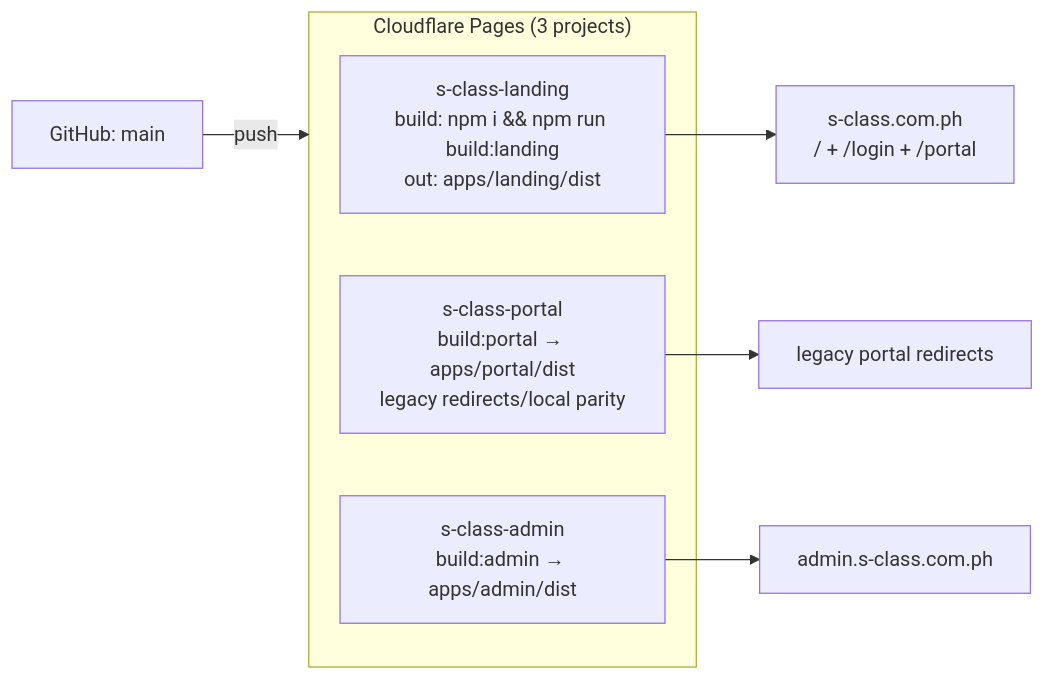
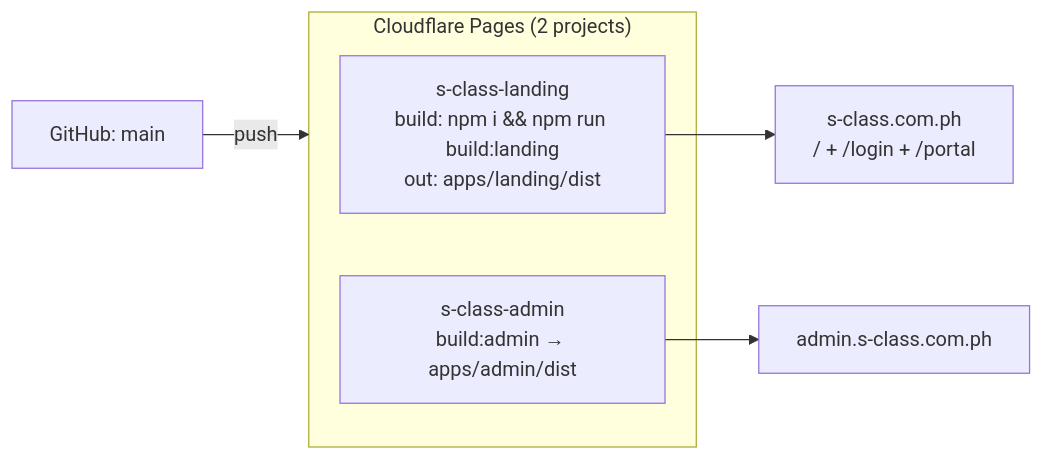
Before and after one commit to johnryAtienza/elearning-review-platform: the first of 2 diagrams in docs/environments.md, drawn with Mermaid. The commit also changed other lines of this file and 11 other files, not shown here.

Commit message:
docs: update architecture after retiring standalone portal deployment

````diff
--- a/docs/environments.md
+++ b/docs/environments.md
@@ -27,12 +27,10 @@
 ```mermaid
 flowchart LR
   GH["GitHub: main"] -->|push| CF
-  subgraph CF["Cloudflare Pages (3 projects)"]
+  subgraph CF["Cloudflare Pages (2 projects)"]
     PL["s-class-landing<br/>build: npm i && npm run build:landing<br/>out: apps/landing/dist"]
-    PP["s-class-portal<br/>build:portal → apps/portal/dist<br/>legacy redirects/local parity"]
     PA["s-class-admin<br/>build:admin → apps/admin/dist"]
   end
   PL --> D1["s-class.com.ph<br/>/ + /login + /portal"]
-  PP --> D2["legacy portal redirects"]
   PA --> D3["admin.s-class.com.ph"]
 ```
````
